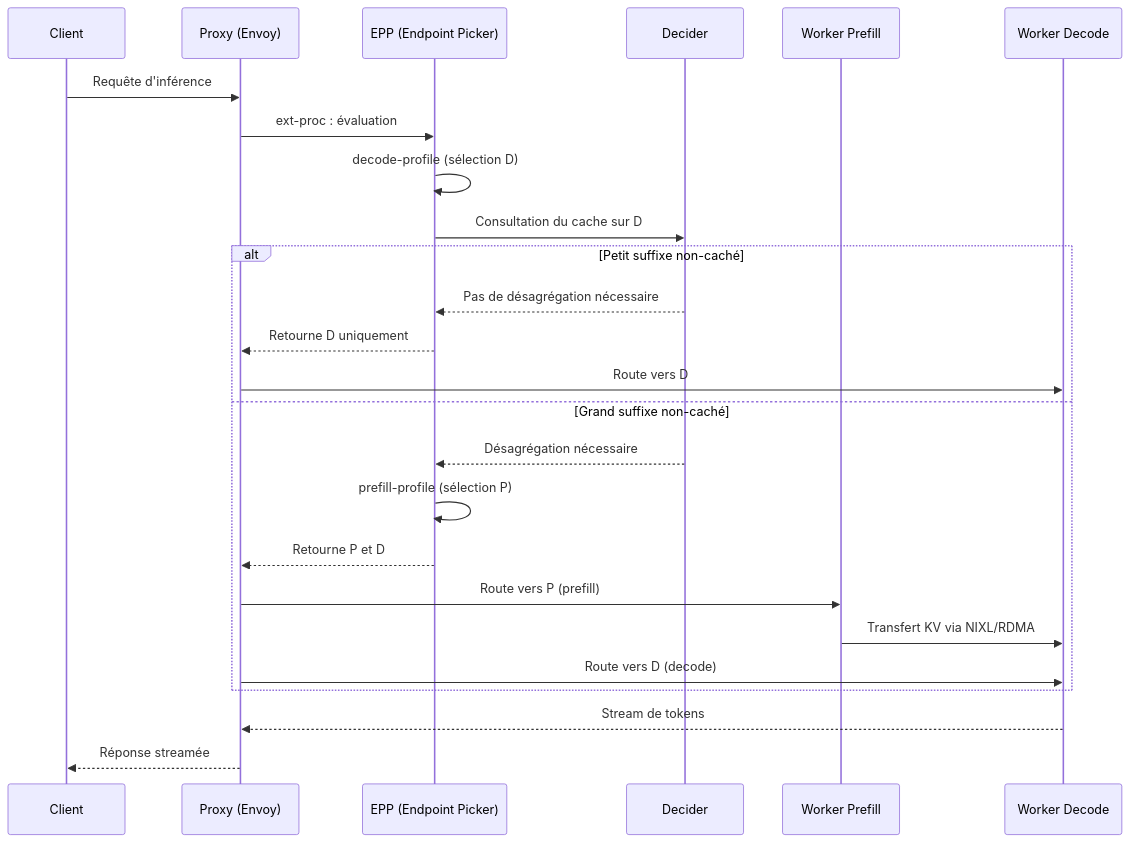
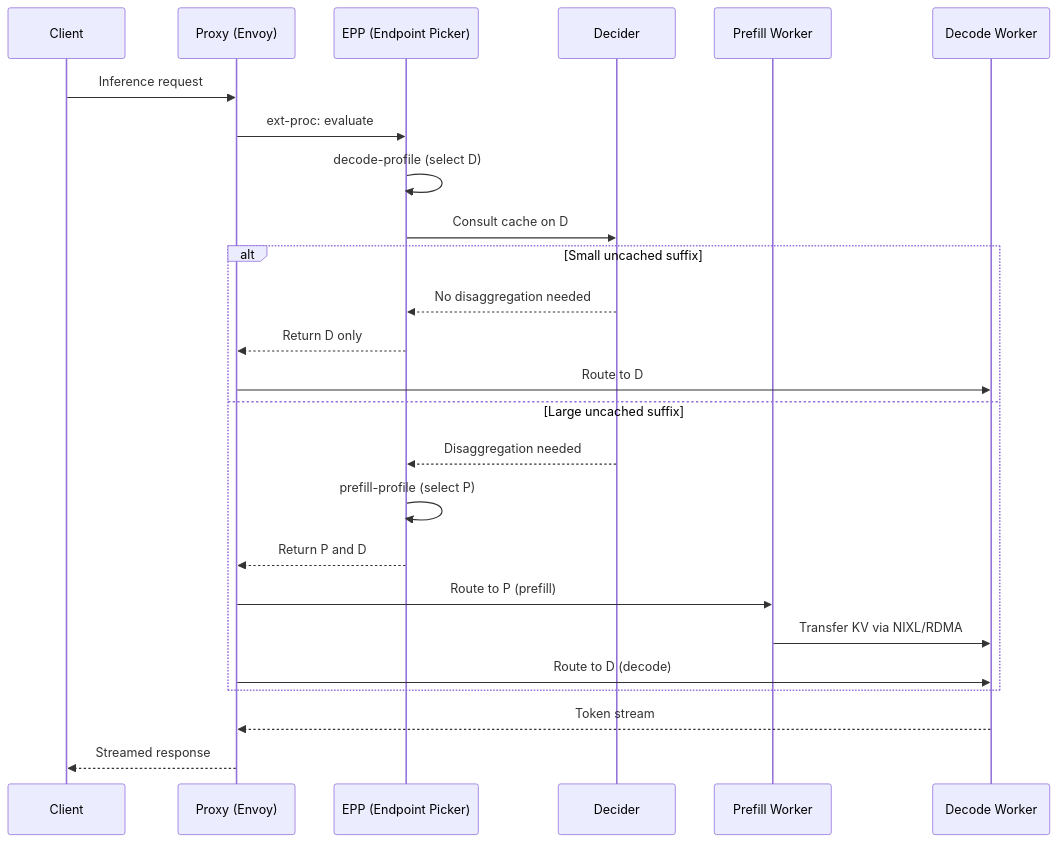
Before and after one commit to ADORSYS-GIS/Custom-Ai-Ops: diagram 16 of 26 in docs/explain/llm-d.md, drawn with Mermaid. The commit also changed other lines of this file, not shown here.

````diff
--- a/docs/explain/llm-d.md
+++ b/docs/explain/llm-d.md
@@ -620,28 +620,28 @@
 ```mermaid
 sequenceDiagram
     participant Client
     participant Proxy as Proxy (Envoy)
     participant EPP as EPP (Endpoint Picker)
     participant Decider as Decider
-    participant P as Worker Prefill
-    participant D as Worker Decode
+    participant P as Prefill Worker
+    participant D as Decode Worker
 
-    Client->>Proxy: Requête d'inférence
-    Proxy->>EPP: ext-proc : évaluation
-    EPP->>EPP: decode-profile (sélection D)
-    EPP->>Decider: Consultation du cache sur D
-    alt Petit suffixe non-caché
-        Decider-->>EPP: Pas de désagrégation nécessaire
-        EPP-->>Proxy: Retourne D uniquement
-        Proxy->>D: Route vers D
-    else Grand suffixe non-caché
-        Decider-->>EPP: Désagrégation nécessaire
-        EPP->>EPP: prefill-profile (sélection P)
-        EPP-->>Proxy: Retourne P et D
-        Proxy->>P: Route vers P (prefill)
-        P->>D: Transfert KV via NIXL/RDMA
-        Proxy->>D: Route vers D (decode)
+    Client->>Proxy: Inference request
+    Proxy->>EPP: ext-proc: evaluate
+    EPP->>EPP: decode-profile (select D)
+    EPP->>Decider: Consult cache on D
+    alt Small uncached suffix
+        Decider-->>EPP: No disaggregation needed
+        EPP-->>Proxy: Return D only
+        Proxy->>D: Route to D
+    else Large uncached suffix
+        Decider-->>EPP: Disaggregation needed
+        EPP->>EPP: prefill-profile (select P)
+        EPP-->>Proxy: Return P and D
+        Proxy->>P: Route to P (prefill)
+        P->>D: Transfer KV via NIXL/RDMA
+        Proxy->>D: Route to D (decode)
     end
-    D-->>Proxy: Stream de tokens
-    Proxy-->>Client: Réponse streamée
+    D-->>Proxy: Token stream
+    Proxy-->>Client: Streamed response
 ```
````
